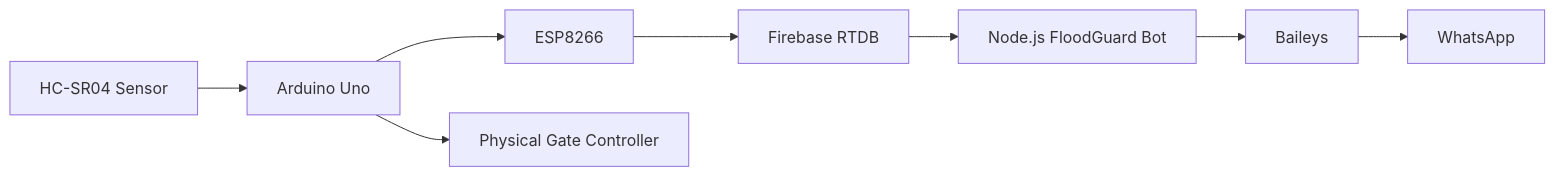
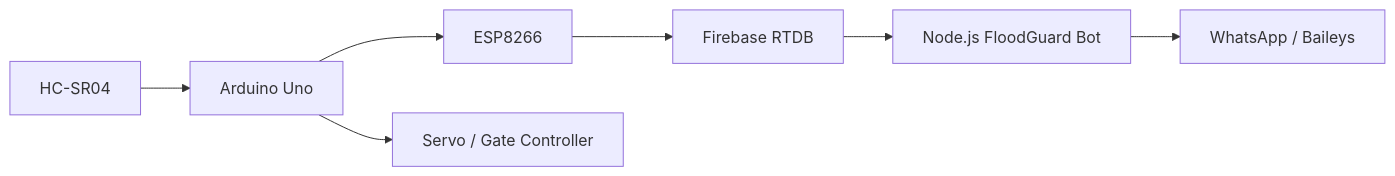
One commit to teldigi5-wq/floodguard-whatsapp-bot changed the diagram in README.md. Above: the diagram before and after it, drawn with Mermaid. The commit also changed other lines of this file, not shown here.

````diff
--- a/README.md
+++ b/README.md
@@ -31,10 +39,9 @@
 ```mermaid
 flowchart LR
-    Sensor[HC-SR04 Sensor] --> Uno[Arduino Uno]
+    Sensor[HC-SR04] --> Uno[Arduino Uno]
     Uno --> ESP[ESP8266]
     ESP --> Firebase[Firebase RTDB]
     Firebase --> Bot[Node.js FloodGuard Bot]
-    Bot --> Baileys[Baileys]
-    Baileys --> WA[WhatsApp]
-    Uno --> Gate[Physical Gate Controller]
+    Bot --> WA[WhatsApp / Baileys]
+    Uno --> Gate[Servo / Gate Controller]
 ```
````
